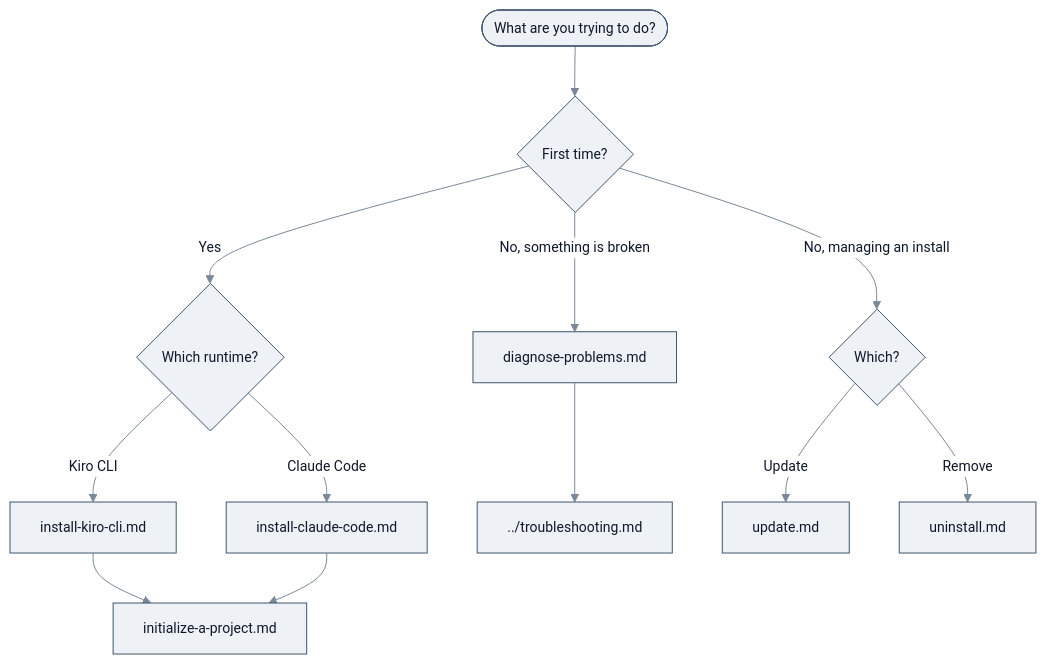
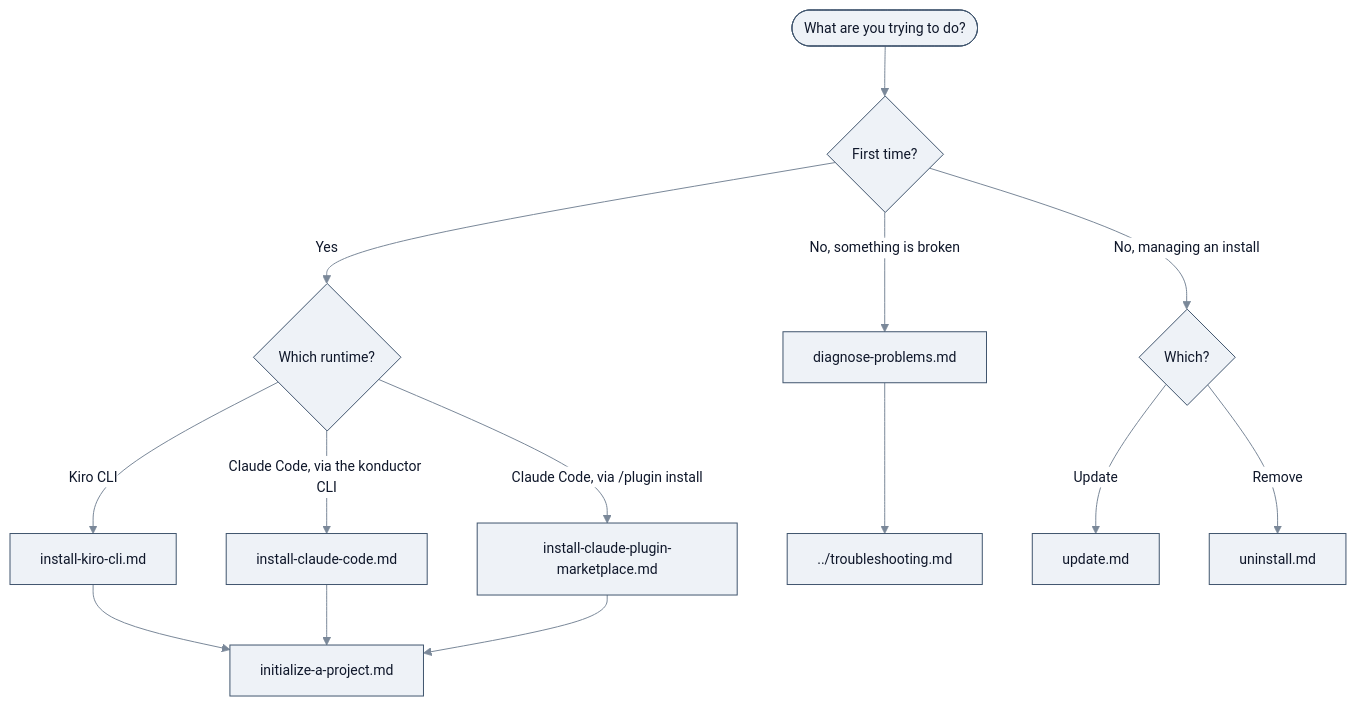
Before and after one commit to aws-solutions/konductor: the diagram in docs/user-guide/tasks/README.md, drawn with Mermaid. The commit also changed other lines of this file and 40 other files, not shown here.

Commit message:
feat: publish Konductor as a Claude Code plugin marketplace

````diff
--- a/docs/user-guide/tasks/README.md
+++ b/docs/user-guide/tasks/README.md
@@ -27,20 +28,22 @@
 ```mermaid
 %%{init:{'theme':'base','themeVariables':{'fontSize':'14px','primaryColor':'#eef2f7','primaryTextColor':'#0f172a','primaryBorderColor':'#40556e','lineColor':'#7a8899','textColor':'#0f172a','edgeLabelBackground':'#ffffff','clusterBkg':'#fafbfc','clusterBorder':'#c9d2dc'}}}%%
 flowchart TD
     Start([What are you trying to do?])
 
     Start --> A{First time?}
 
     A -->|Yes| B{Which runtime?}
     B -->|Kiro CLI| K["install-kiro-cli.md"]
-    B -->|Claude Code| C["install-claude-code.md"]
+    B -->|"Claude Code, via the konductor CLI"| C["install-claude-code.md"]
+    B -->|"Claude Code, via /plugin install"| P["install-claude-plugin-marketplace.md"]
     K --> E["initialize-a-project.md"]
     C --> E
+    P --> E
 
     A -->|"No, something is broken"| H["diagnose-problems.md"]
     H --> I["../troubleshooting.md"]
 
     A -->|"No, managing an install"| J{Which?}
     J -->|Update| L["update.md"]
     J -->|Remove| M["uninstall.md"]
 ```
````
